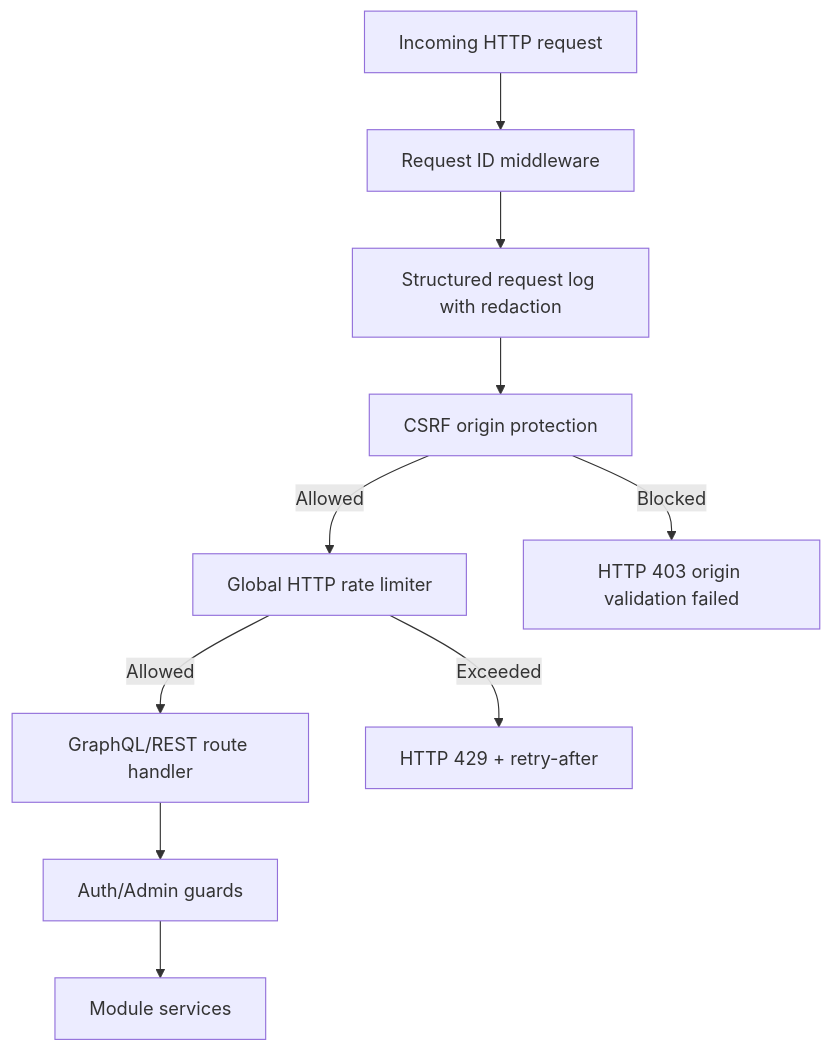
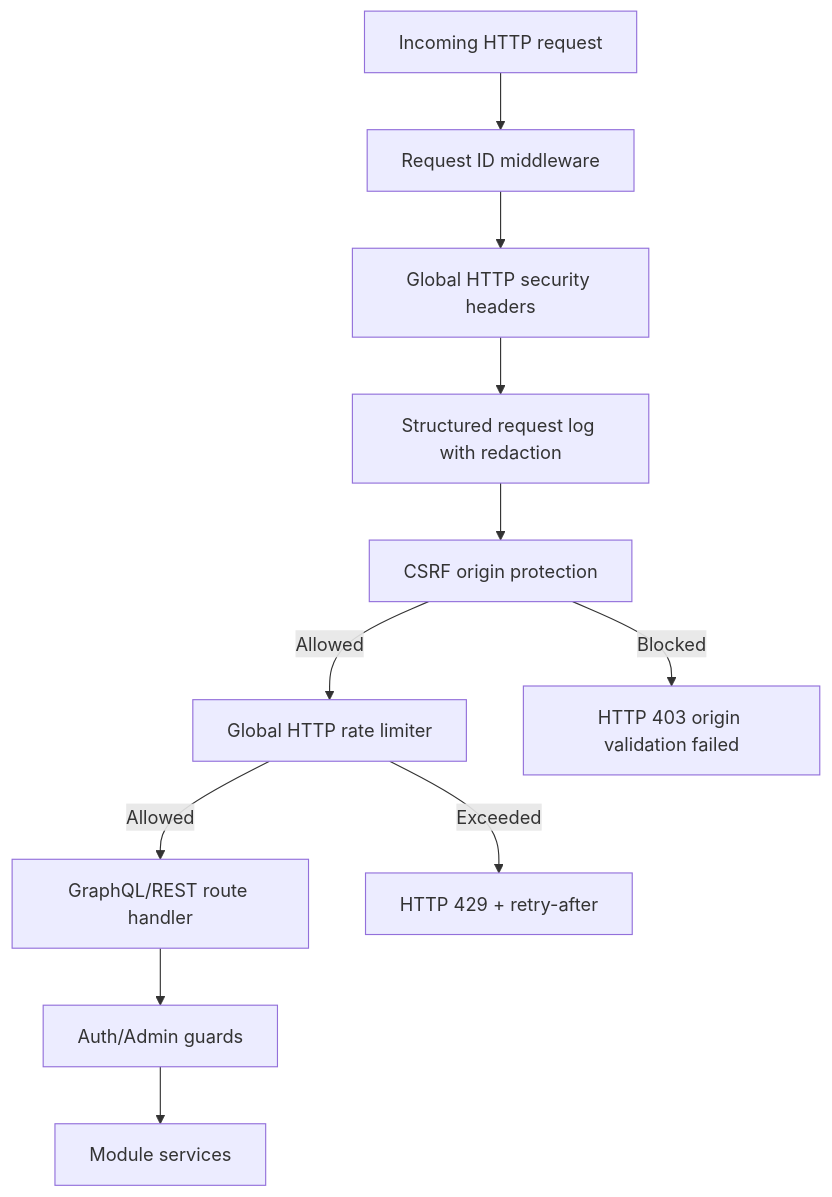
The diagram in apps/backend/src/common/README.md (AmanVatsSharma/MailZen-Smart-Email-Management), drawn with Mermaid before and after one commit. The commit also changed other lines of this file and 5 other files, not shown here.

Commit message:
Add global HTTP security headers middleware and CI coverage

````diff
--- a/apps/backend/src/common/README.md
+++ b/apps/backend/src/common/README.md
@@ -70,12 +96,13 @@
 ```mermaid
 flowchart TD
   Request[Incoming HTTP request] --> Correlation[Request ID middleware]
-  Correlation --> StructLog[Structured request log with redaction]
+  Correlation --> SecurityHeaders[Global HTTP security headers]
+  SecurityHeaders --> StructLog[Structured request log with redaction]
   StructLog --> CsrfOrigin[CSRF origin protection]
   CsrfOrigin -->|Allowed| RateLimit[Global HTTP rate limiter]
   CsrfOrigin -->|Blocked| CsrfReject[HTTP 403 origin validation failed]
   RateLimit -->|Allowed| Route[GraphQL/REST route handler]
   RateLimit -->|Exceeded| Reject[HTTP 429 + retry-after]
   Route --> Guards[Auth/Admin guards]
   Guards --> Services[Module services]
 ```
````
